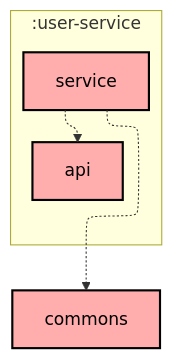
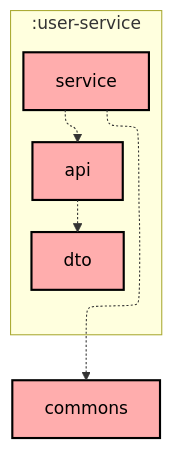
The diagram in user-service/service/README.md (Norby99/munchies), drawn with Mermaid before and after one commit. The commit also changed 2 other files, not shown here.

Commit message:
docs: update dependencies

````diff
--- a/user-service/service/README.md
+++ b/user-service/service/README.md
@@ -6,20 +6,22 @@
 ```mermaid
 ---
 config:
   layout: elk
   elk:
     nodePlacementStrategy: SIMPLE
 ---
 graph TB
   subgraph :user-service
     direction TB
     :user-service:api[api]:::unknown
+    :user-service:dto[dto]:::unknown
     :user-service:service[service]:::unknown
   end
   :commons[commons]:::unknown
 
+  :user-service:api -.-> :user-service:dto
   :user-service:service -.-> :commons
   :user-service:service -.-> :user-service:api
 
 classDef unknown fill:#FFADAD,stroke:#000,stroke-width:2px,color:#000;
 ```
````
